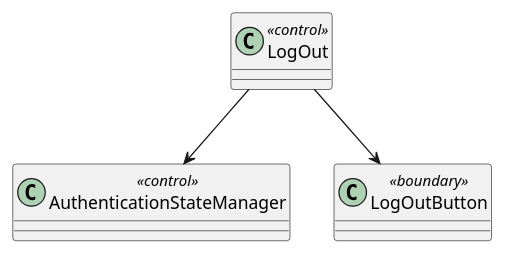
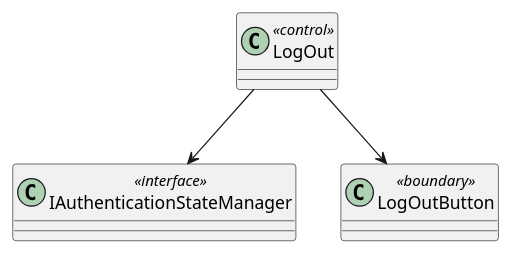
The second of 2 diagrams in Use Cases/LogOut.iuml (bmb0136/COMP-3700-Project), drawn with PlantUML before and after one commit. The commit also changed 1 other file, not shown here.

Commit message:
make auth state manager an interface

```diff
--- a/Use Cases/LogOut.iuml
+++ b/Use Cases/LogOut.iuml
@@ -24,7 +24,7 @@
 @startuml Log Out Object Model
-class AuthenticationStateManager <<control>> {}
+class IAuthenticationStateManager <<interface>> {}
 class LogOut <<control>> {}
 class LogOutButton <<boundary>> {}
 LogOut --> LogOutButton 
-LogOut --> AuthenticationStateManager
+LogOut --> IAuthenticationStateManager
 @enduml
```
